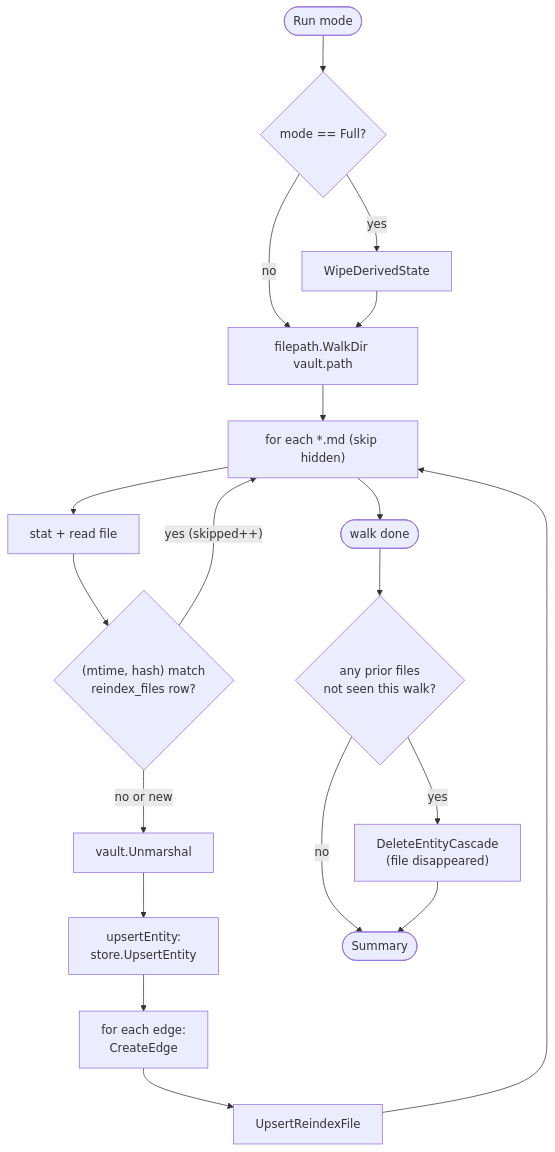
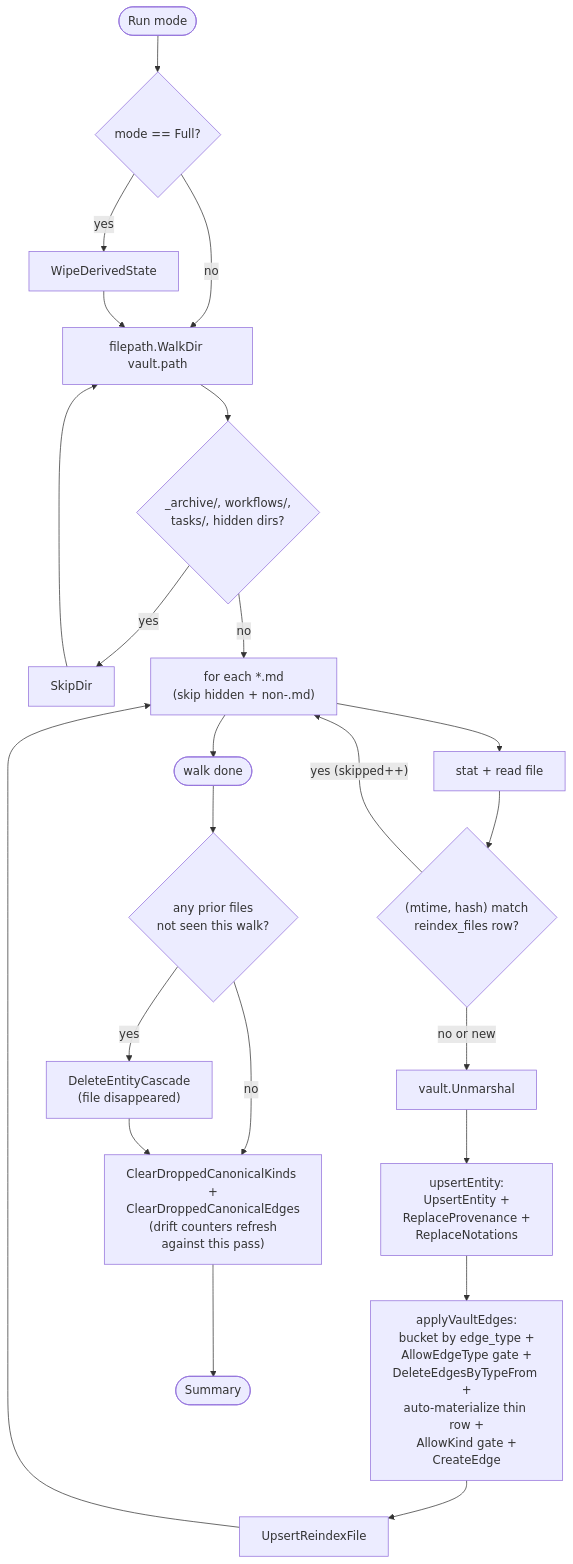
Before and after one commit to yaad-index/yaad-index: the second of 2 diagrams in docs/index-flow.md, drawn with Mermaid. The commit also changed other lines of this file, not shown here.

First line of the commit message:
docs(index-flow): refresh for current canonical-materialize, archive, workflow + body-marker behavior (#135 part 1) (#178)

````diff
--- a/docs/index-flow.md
+++ b/docs/index-flow.md
@@ -149,21 +196,25 @@
 ```mermaid
 flowchart TD
  Start([Run mode]) --> WipeQ{mode == Full?}
  WipeQ -->|yes| Wipe[WipeDerivedState]
  WipeQ -->|no| Walk
  Wipe --> Walk
- Walk[filepath.WalkDir vault.path] --> Each["for each *.md (skip hidden)"]
+ Walk[filepath.WalkDir vault.path] --> Skip{"_archive/, workflows/,<br/>tasks/, hidden dirs?"}
+ Skip -->|yes| SkipDir[SkipDir]
+ SkipDir --> Walk
+ Skip -->|no| Each["for each *.md<br/>(skip hidden + non-.md)"]
  Each --> Read[stat + read file]
  Read --> Sig{"(mtime, hash) match<br/>reindex_files row?"}
  Sig -->|"yes (skipped++)"| Each
  Sig -->|no or new| Parse[vault.Unmarshal]
- Parse --> UpsertE[upsertEntity:<br/>store.UpsertEntity]
- UpsertE --> EdgeLoop["for each edge:<br/>CreateEdge"]
- EdgeLoop --> Bookkeep[UpsertReindexFile]
+ Parse --> UpsertE["upsertEntity:<br/>UpsertEntity +<br/>ReplaceProvenance +<br/>ReplaceNotations"]
+ UpsertE --> EdgeApply["applyVaultEdges:<br/>bucket by edge_type +<br/>AllowEdgeType gate +<br/>DeleteEdgesByTypeFrom +<br/>auto-materialize thin row +<br/>AllowKind gate +<br/>CreateEdge"]
+ EdgeApply --> Bookkeep[UpsertReindexFile]
  Bookkeep --> Each
  Each --> WalkDone([walk done])
  WalkDone --> Cleanup{"any prior files<br/>not seen this walk?"}
  Cleanup -->|yes| Cascade["DeleteEntityCascade<br/>(file disappeared)"]
- Cleanup -->|no| Summary
- Cascade --> Summary([Summary])
+ Cleanup -->|no| ClearDrift
+ Cascade --> ClearDrift["ClearDroppedCanonicalKinds +<br/>ClearDroppedCanonicalEdges<br/>(drift counters refresh<br/>against this pass)"]
+ ClearDrift --> Summary([Summary])
 ```
````
